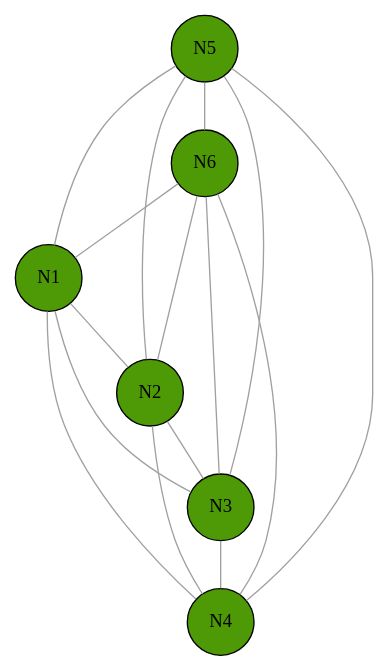
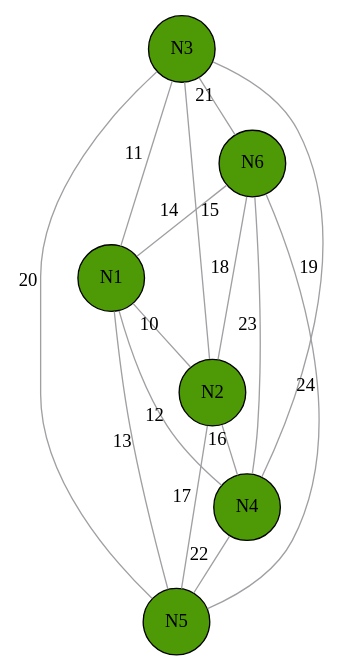
One commit to 0xdia/Programming-theory changed the diagram in tps/tp4/graph.dot. Above: the diagram before and after it, drawn with Graphviz.

Commit message:
update graph with edge labels

```diff
--- a/tps/tp4/graph.dot
+++ b/tps/tp4/graph.dot
@@ -5,8 +5,8 @@
 
 node [
 class = "node"
-,fillcolor = "#4e9a06",style = "filled"
-,width = "0.694444",height = "0.694444"
+,fillcolor = "#ff00ff",style = "filled"
+,width = "0.152778",height = "0.152778"
 ,shape = "ellipse"
 ,color = "#000000"
 ,penwidth = "1"
@@ -14,35 +14,64 @@
 ];
 
 
-"N5" [
-pos = "2.5,-2.45833!"
+"N3" [
+pos = "-3.93376,-2.31731!"
+,fillcolor = "#4e9a06",style = "filled"
+,width = "0.694444",height = "0.694444"
+,shape = "ellipse"
+,color = "#000000"
+,penwidth = "1"
 ]
 
 "N6" [
-pos = "2.34722,0.888889!"
+pos = "3.34081,1.07051!"
+,fillcolor = "#4e9a06",style = "filled"
+,width = "0.694444",height = "0.694444"
+,shape = "ellipse"
+,color = "#000000"
+,penwidth = "1"
+]
+
+"N2" [
+pos = "-3.95513,1.28098!"
+,fillcolor = "#4e9a06",style = "filled"
+,width = "0.694444",height = "0.694444"
+,shape = "ellipse"
+,color = "#000000"
+,penwidth = "1"
+]
+
+"N5" [
+pos = "3.34402,-2.34081!"
+,fillcolor = "#4e9a06",style = "filled"
+,width = "0.694444",height = "0.694444"
+,shape = "ellipse"
+,color = "#000000"
+,penwidth = "1"
 ]
 
 "N1" [
-pos = "-1.06944,2.83333!"
-]
-
-"N2" [
-pos = "-4.22222,0.875!"
-]
-
-"N3" [
-pos = "-4.23611,-2.26389!"
+pos = "-0.585466,2.87606!"
+,fillcolor = "#4e9a06",style = "filled"
+,width = "0.694444",height = "0.694444"
+,shape = "ellipse"
+,color = "#000000"
+,penwidth = "1"
 ]
 
 "N4" [
-pos = "-0.819444,-4.41667!"
+pos = "-0.349359,-4.36325!"
+,fillcolor = "#4e9a06",style = "filled"
+,width = "0.694444",height = "0.694444"
+,shape = "ellipse"
+,color = "#000000"
+,penwidth = "1"
 ]
 
 
 
 edge [
 class = "edge"
-,dir=none
 ,weight = "1"
 ,penwidth = "1"
 ,"_vis_" = "label"
@@ -51,49 +80,124 @@
 ];
 
 
-"N3" -> "N5" [id = "E14"
+"N2" -> "N3" [id = ""
+,dir=none
+,weight = "1"
+,penwidth = "1"
+,xlabel = "15"
+,"style" = "solid"
 ];
 
-"N2" -> "N5" [id = "E11"
+"N2" -> "N4" [id = ""
+,dir=none
+,weight = "1"
+,penwidth = "1"
+,xlabel = "16"
+,"style" = "solid"
 ];
 
-"N2" -> "N6" [id = "E10"
+"N3" -> "N5" [id = ""
+,dir=none
+,weight = "1"
+,penwidth = "1"
+,xlabel = "20"
+,"style" = "solid"
 ];
 
-"N5" -> "N6" [id = "E5"
+"N3" -> "N4" [id = ""
+,dir=none
+,weight = "1"
+,penwidth = "1"
+,xlabel = "19"
+,"style" = "solid"
 ];
 
-"N1" -> "N4" [id = "E8"
+"N1" -> "N4" [id = ""
+,dir=none
+,weight = "1"
+,penwidth = "1"
+,xlabel = "12"
+,"style" = "solid"
 ];
 
-"N4" -> "N6" [id = "E15"
+"N4" -> "N5" [id = ""
+,dir=none
+,weight = "1"
+,penwidth = "1"
+,xlabel = "22"
+,"style" = "solid"
 ];
 
-"N1" -> "N2" [id = "E1"
+"N5" -> "N6" [id = ""
+,dir=none
+,weight = "1"
+,penwidth = "1"
+,xlabel = "24"
+,"style" = "solid"
 ];
 
-"N2" -> "N3" [id = "E2"
+"N6" -> "N1" [id = ""
+,dir=none
+,weight = "1"
+,penwidth = "1"
+,xlabel = "14"
+,"style" = "solid"
 ];
 
-"N3" -> "N4" [id = "E3"
+"N1" -> "N2" [id = ""
+,dir=none
+,weight = "1"
+,penwidth = "1"
+,xlabel = "10"
+,"style" = "solid"
 ];
 
-"N2" -> "N4" [id = "E12"
+"N1" -> "N5" [id = ""
+,dir=none
+,weight = "1"
+,penwidth = "1"
+,xlabel = "13"
+,"style" = "solid"
 ];
 
-"N4" -> "N5" [id = "E4"
+"N1" -> "N3" [id = ""
+,dir=none
+,weight = "1"
+,penwidth = "1"
+,xlabel = "11"
+,"style" = "solid"
 ];
 
-"N1" -> "N5" [id = "E9"
+"N2" -> "N5" [id = ""
+,dir=none
+,weight = "1"
+,penwidth = "1"
+,xlabel = "17"
+,"style" = "solid"
 ];
 
-"N6" -> "N1" [id = "E6"
+"N2" -> "N6" [id = ""
+,dir=none
+,weight = "1"
+,penwidth = "1"
+,xlabel = "18"
+,"style" = "solid"
 ];
 
-"N1" -> "N3" [id = "E7"
+"N3" -> "N6" [id = ""
+,dir=none
+,weight = "1"
+,penwidth = "1"
+,xlabel = "21"
+,"style" = "solid"
 ];
 
-"N3" -> "N6" [id = "E13"
+"N4" -> "N6" [id = ""
+,dir=none
+,weight = "1"
+,penwidth = "1"
+,xlabel = "23"
+,"style" = "solid"
 ];
 
 
```
